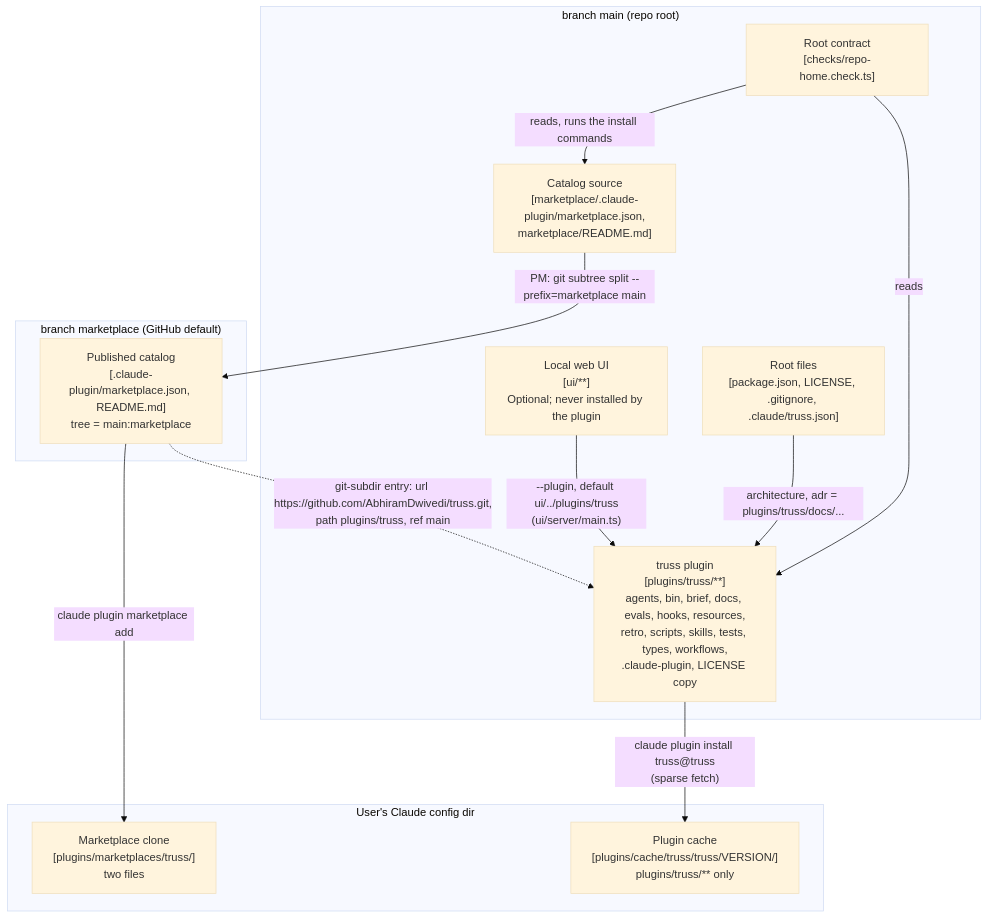
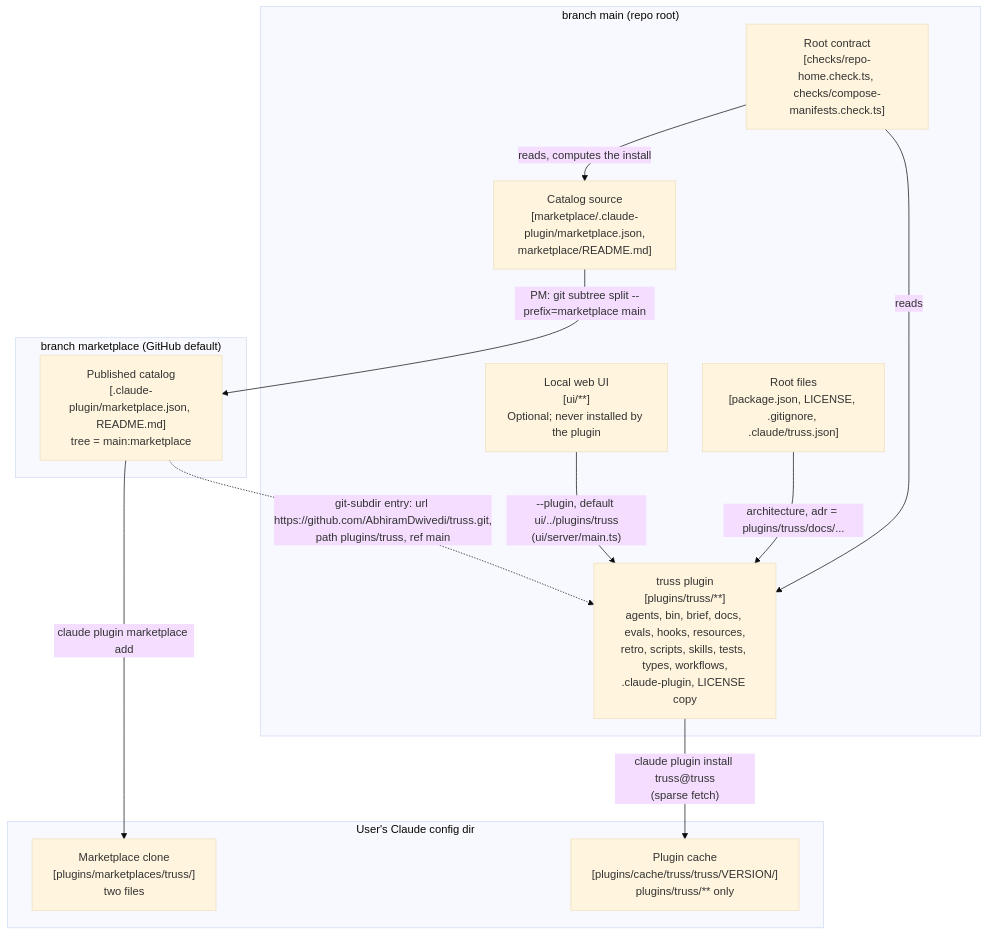
One commit to AbhiramDwivedi/truss changed diagram 23 of 25 in plugins/truss/docs/architecture.md. Above: the diagram before and after it, drawn with Mermaid (base theme). The commit also changed other lines of this file and 7 other files, not shown here.

First line of the commit message:
test(checks): test only truss's own files; real-CLI install is opt-in

````diff
--- a/plugins/truss/docs/architecture.md
+++ b/plugins/truss/docs/architecture.md
@@ -1421,26 +1421,26 @@
 ```mermaid
 flowchart TB
   subgraph main["branch main (repo root)"]
     plugin["truss plugin<br/>[plugins/truss/**]<br/>agents, bin, brief, docs, evals, hooks, resources,<br/>retro, scripts, skills, tests, types, workflows,<br/>.claude-plugin, LICENSE copy"]
     ui["Local web UI<br/>[ui/**]<br/>Optional; never installed by the plugin"]
     mdir["Catalog source<br/>[marketplace/.claude-plugin/marketplace.json,<br/>marketplace/README.md]"]
-    checks["Root contract<br/>[checks/repo-home.check.ts]"]
+    checks["Root contract<br/>[checks/repo-home.check.ts, checks/compose-manifests.check.ts]"]
     root["Root files<br/>[package.json, LICENSE, .gitignore, .claude/truss.json]"]
   end
   subgraph mbranch["branch marketplace (GitHub default)"]
     cat["Published catalog<br/>[.claude-plugin/marketplace.json, README.md]<br/>tree = main:marketplace"]
   end
   subgraph cfg["User's Claude config dir"]
     mclone["Marketplace clone<br/>[plugins/marketplaces/truss/]<br/>two files"]
     cache["Plugin cache<br/>[plugins/cache/truss/truss/VERSION/]<br/>plugins/truss/** only"]
   end
 
   mdir -->|"PM: git subtree split --prefix=marketplace main"| cat
   cat -.->|"git-subdir entry: url https://github.com/AbhiramDwivedi/truss.git,<br/>path plugins/truss, ref main"| plugin
   ui -->|"--plugin, default ui/../plugins/truss<br/>(ui/server/main.ts)"| plugin
   root -->|"architecture, adr = plugins/truss/docs/..."| plugin
-  checks -->|"reads, runs the install commands"| mdir
+  checks -->|"reads, computes the install"| mdir
   checks -->|"reads"| plugin
   cat -->|"claude plugin marketplace add"| mclone
   plugin -->|"claude plugin install truss@truss<br/>(sparse fetch)"| cache
 ```
````
